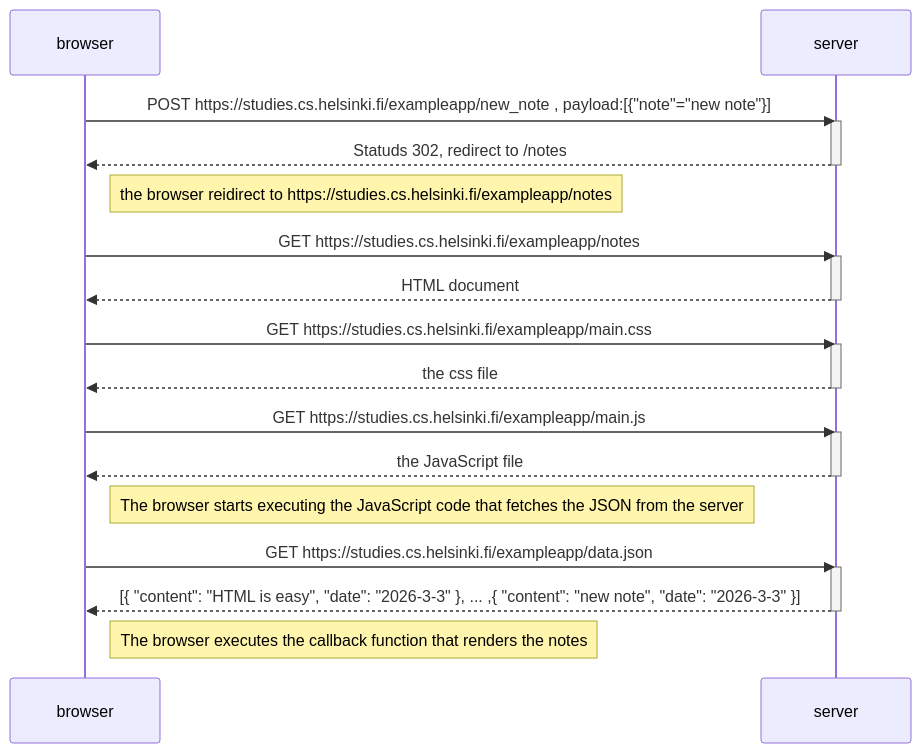
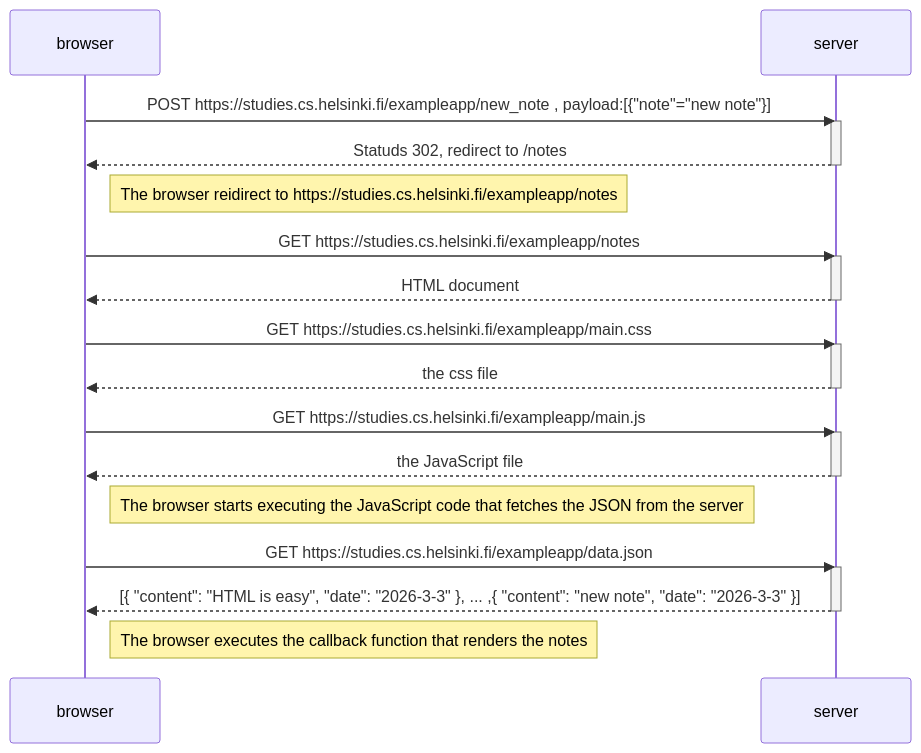
The diagram in part0/part0_4/readme.md (Joooeeee/Fullstack), drawn with Mermaid before and after one commit. The commit also changed 1 other file, not shown here.

Commit message:
Fix part 0.4 and 0.6

````diff
--- a/part0/part0_4/readme.md
+++ b/part0/part0_4/readme.md
@@ -6,36 +6,36 @@
 ```mermaid
 sequenceDiagram
     participant browser
     participant server
 
     browser->>server: POST https://studies.cs.helsinki.fi/exampleapp/new_note , payload:[{"note"="new note"}]
     activate server
     server-->>browser: Statuds 302, redirect to /notes
     deactivate server
 
-    Note right of browser: the browser reidirect to https://studies.cs.helsinki.fi/exampleapp/notes
+    Note right of browser: The browser reidirect to https://studies.cs.helsinki.fi/exampleapp/notes
 
     browser->>server: GET https://studies.cs.helsinki.fi/exampleapp/notes
     activate server
     server-->>browser: HTML document
     deactivate server
 
     browser->>server: GET https://studies.cs.helsinki.fi/exampleapp/main.css
     activate server
     server-->>browser: the css file
     deactivate server
 
     browser->>server: GET https://studies.cs.helsinki.fi/exampleapp/main.js
     activate server
     server-->>browser: the JavaScript file
     deactivate server
 
     Note right of browser: The browser starts executing the JavaScript code that fetches the JSON from the server
 
     browser->>server: GET https://studies.cs.helsinki.fi/exampleapp/data.json
     activate server
     server-->>browser: [{ "content": "HTML is easy", "date": "2026-3-3" }, ... ,{ "content": "new note", "date": "2026-3-3" }]
     deactivate server
 
     Note right of browser: The browser executes the callback function that renders the notes
 ```
````
